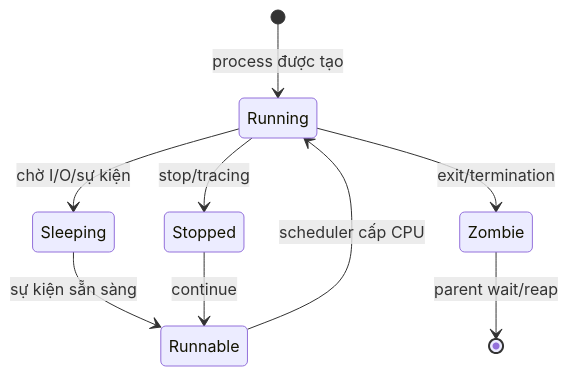
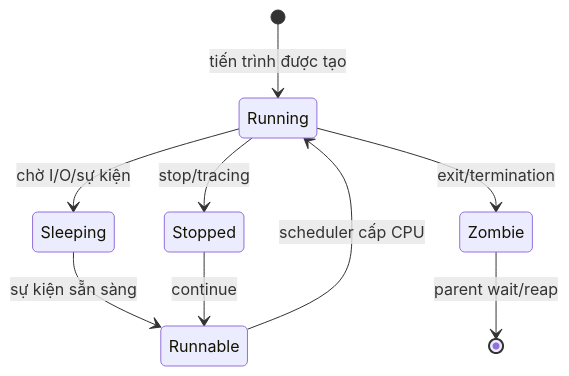
One commit to hai-kevins/embedded-linux changed the diagram in phase-01/README-topic-04.md. Above: the diagram before and after it, drawn with Mermaid. The commit also changed other lines of this file and 8 other files, not shown here.

````diff
--- a/phase-01/README-topic-04.md
+++ b/phase-01/README-topic-04.md
@@ -663,11 +663,11 @@
 ```mermaid
 stateDiagram-v2
-    [*] --> Running: process được tạo
+    [*] --> Running: tiến trình được tạo
     Running --> Sleeping: chờ I/O/sự kiện
     Sleeping --> Runnable: sự kiện sẵn sàng
     Runnable --> Running: scheduler cấp CPU
     Running --> Stopped: stop/tracing
     Stopped --> Runnable: continue
     Running --> Zombie: exit/termination
     Zombie --> [*]: parent wait/reap
 ```
````
